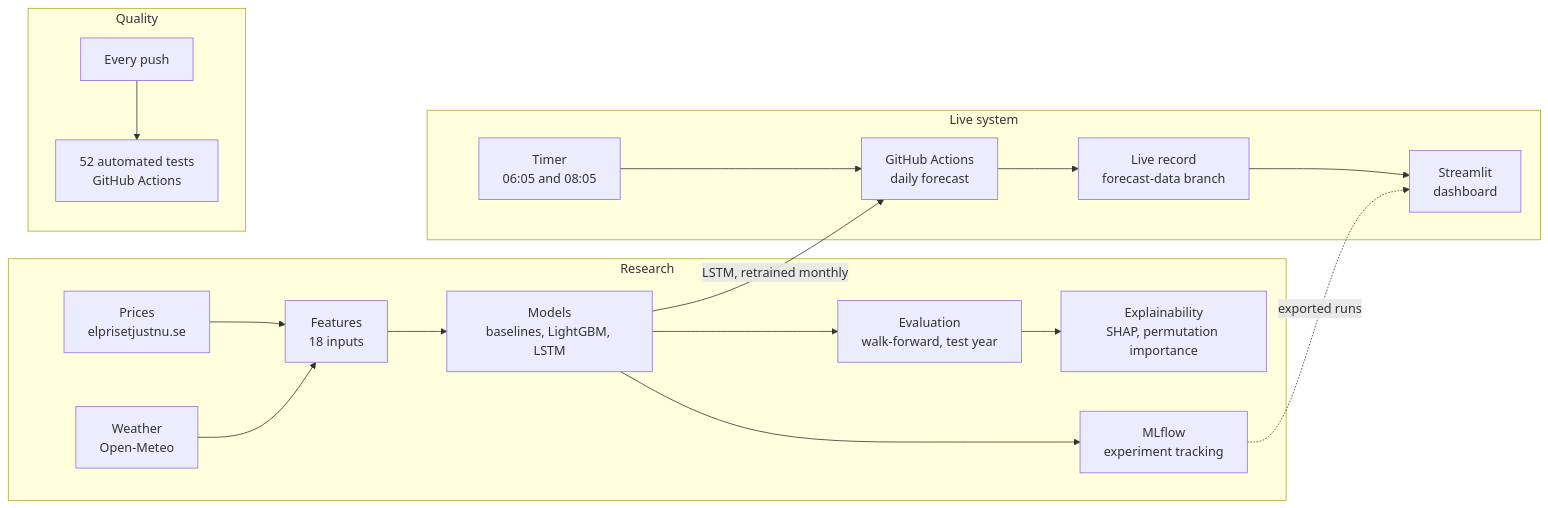
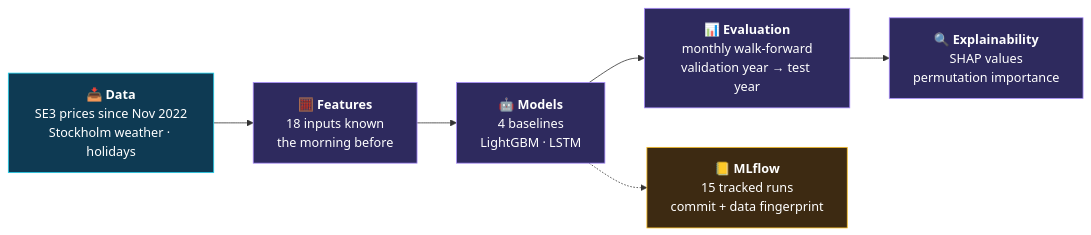
One commit to Hossain007Bhuiyan/se3-electricity-forecast changed the first of 3 diagrams in README.md. Above: the diagram before and after it, drawn with Mermaid. The commit also changed other lines of this file, not shown here.

Commit message:
Redesign the README diagrams and update the test count

````diff
--- a/README.md
+++ b/README.md
@@ -76,21 +80,15 @@
 ```mermaid
 flowchart LR
-    subgraph Research
-        P["Prices<br/>elprisetjustnu.se"] --> F["Features<br/>18 inputs"]
-        W["Weather<br/>Open-Meteo"] --> F
-        F --> M["Models<br/>baselines, LightGBM, LSTM"]
-        M --> E["Evaluation<br/>walk-forward, test year"]
-        E --> X["Explainability<br/>SHAP, permutation importance"]
-        M --> T["MLflow<br/>experiment tracking"]
-    end
-    subgraph Live["Live system"]
-        S["Timer<br/>06:05 and 08:05"] --> G["GitHub Actions<br/>daily forecast"]
-        G --> R["Live record<br/>forecast-data branch"]
-        R --> D["Streamlit<br/>dashboard"]
-    end
-    subgraph Quality
-        C["Every push"] --> Q["52 automated tests<br/>GitHub Actions"]
-    end
-    M -- "LSTM, retrained monthly" --> G
-    T -. "exported runs" .-> D
+    A["📥 <b>Data</b><br/>SE3 prices since Nov 2022<br/>Stockholm weather · holidays"] --> B["🧮 <b>Features</b><br/>18 inputs known<br/>the morning before"]
+    B --> C["🤖 <b>Models</b><br/>4 baselines<br/>LightGBM · LSTM"]
+    C --> D["📊 <b>Evaluation</b><br/>monthly walk-forward<br/>validation year → test year"]
+    D --> E["🔍 <b>Explainability</b><br/>SHAP values<br/>permutation importance"]
+    C -.-> F["📒 <b>MLflow</b><br/>15 tracked runs<br/>commit + data fingerprint"]
+
+    classDef data fill:#0e3a53,stroke:#22d3ee,color:#ffffff
+    classDef step fill:#2e2a5e,stroke:#a78bfa,color:#ffffff
+    classDef track fill:#3d2a12,stroke:#fbbf24,color:#ffffff
+    class A data
+    class B,C,D,E step
+    class F track
 ```
````
